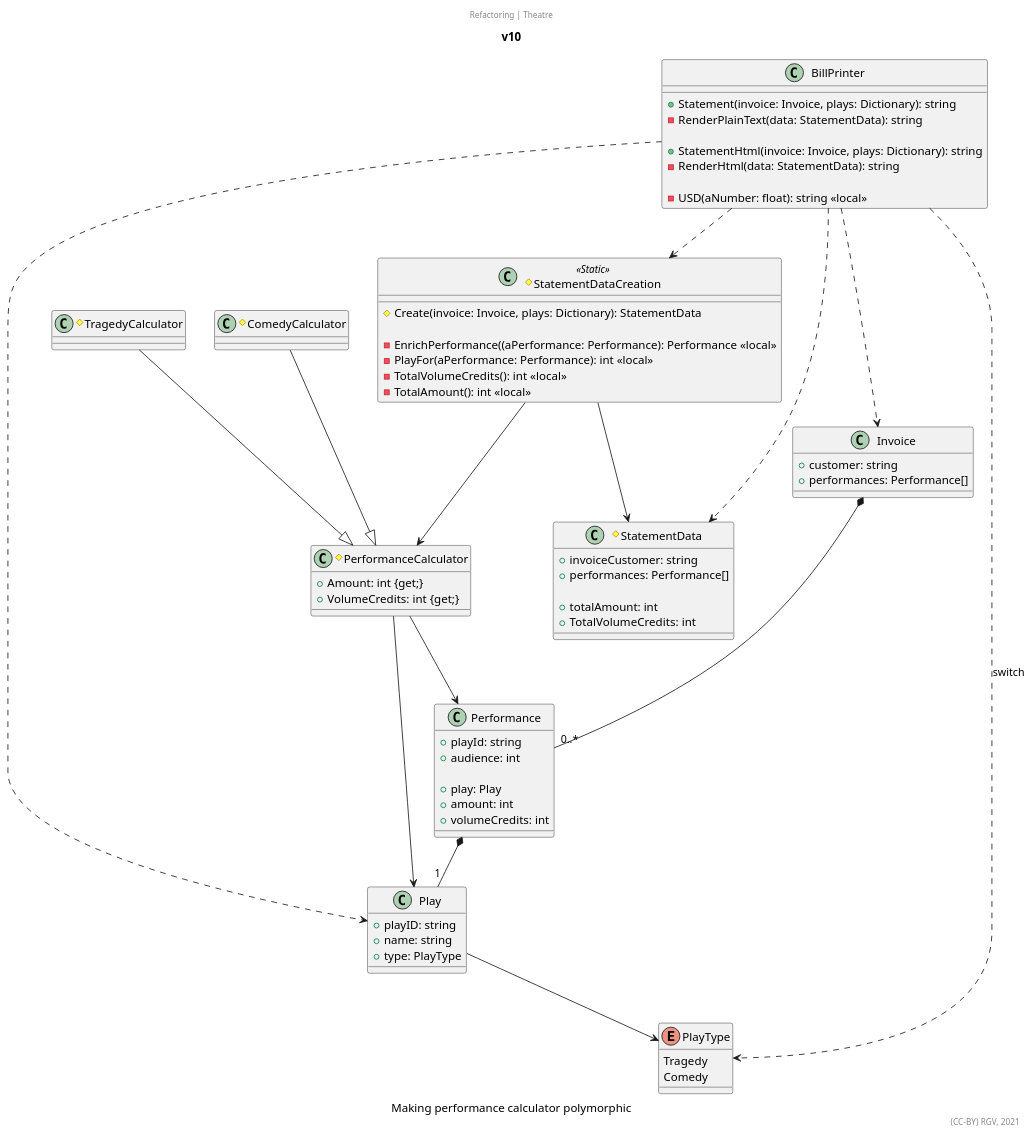
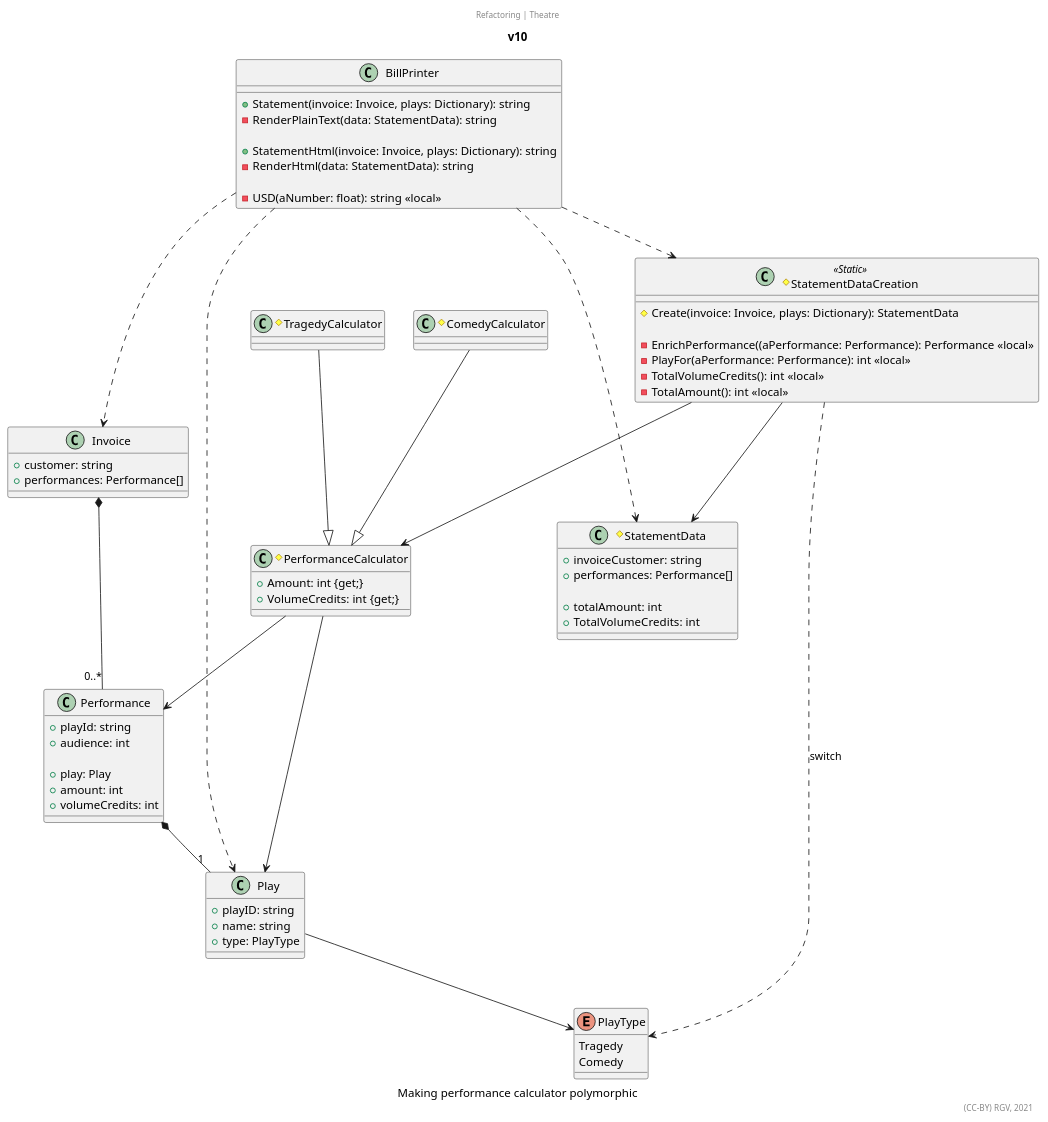
One commit to RicardoGuzmanVelasco/MartinFowler.Refactoring changed the diagram in Theatre/Documentation~/v10.puml. Above: the diagram before and after it, drawn with PlantUML.

Commit message:
v10b | Moving type decision to calculator

```diff
--- a/Theatre/Documentation~/v10.puml
+++ b/Theatre/Documentation~/v10.puml
@@ -1,98 +1,98 @@
 @startuml
 title v10
 center header Refactoring | Theatre
 '''''''''''''
 allowmixing
 '''''''''''''
 
 enum PlayType{
     Tragedy
     Comedy
 }
 
 class Performance{
     +playId: string
     +audience: int
     
     +play: Play
     +amount: int
     +volumeCredits: int
 }
 
 #class PerformanceCalculator{
     +Amount: int {get;}
     +VolumeCredits: int {get;}
 }
 
 #class TragedyCalculator{
 }
 
 #class ComedyCalculator{
 }
 
 class Invoice{
     +customer: string
     +performances: Performance[]
 }
 
 class Play{
     +playID: string
     +name: string
     +type: PlayType
 }
 
 #class StatementDataCreation <<Static>>{
     #Create(invoice: Invoice, plays: Dictionary): StatementData
     
     -EnrichPerformance((aPerformance: Performance): Performance <<local>>
     -PlayFor(aPerformance: Performance): int <<local>>
     -TotalVolumeCredits(): int <<local>>
     -TotalAmount(): int <<local>>
 }
 
 #class StatementData{
     +invoiceCustomer: string
     +performances: Performance[]
     
     +totalAmount: int
     +TotalVolumeCredits: int
 }
 
 class BillPrinter{
     +Statement(invoice: Invoice, plays: Dictionary): string 
     -RenderPlainText(data: StatementData): string
     
     +StatementHtml(invoice: Invoice, plays: Dictionary): string 
     -RenderHtml(data: StatementData): string
     
     -USD(aNumber: float): string <<local>>
 }
 
 '''''''''''''
 
 Play --> PlayType
 Invoice *-- "0..*" Performance
 
 Performance *-- "1" Play
 
 TragedyCalculator --|> PerformanceCalculator
 ComedyCalculator --|> PerformanceCalculator
 
 PerformanceCalculator --> Performance
 PerformanceCalculator --> Play
 StatementDataCreation --> PerformanceCalculator
 
 StatementDataCreation --> StatementData
 
 BillPrinter ..> StatementDataCreation
 BillPrinter ..> StatementData
 
 BillPrinter ..> Invoice
 BillPrinter ..> Play
-BillPrinter ..> PlayType : switch
+StatementDataCreation ..> PlayType : switch
 
 '''''''''''''
 '''''''''''''
 caption Making performance calculator polymorphic
 right footer (CC-BY) RGV, 2021
 @enduml
```
